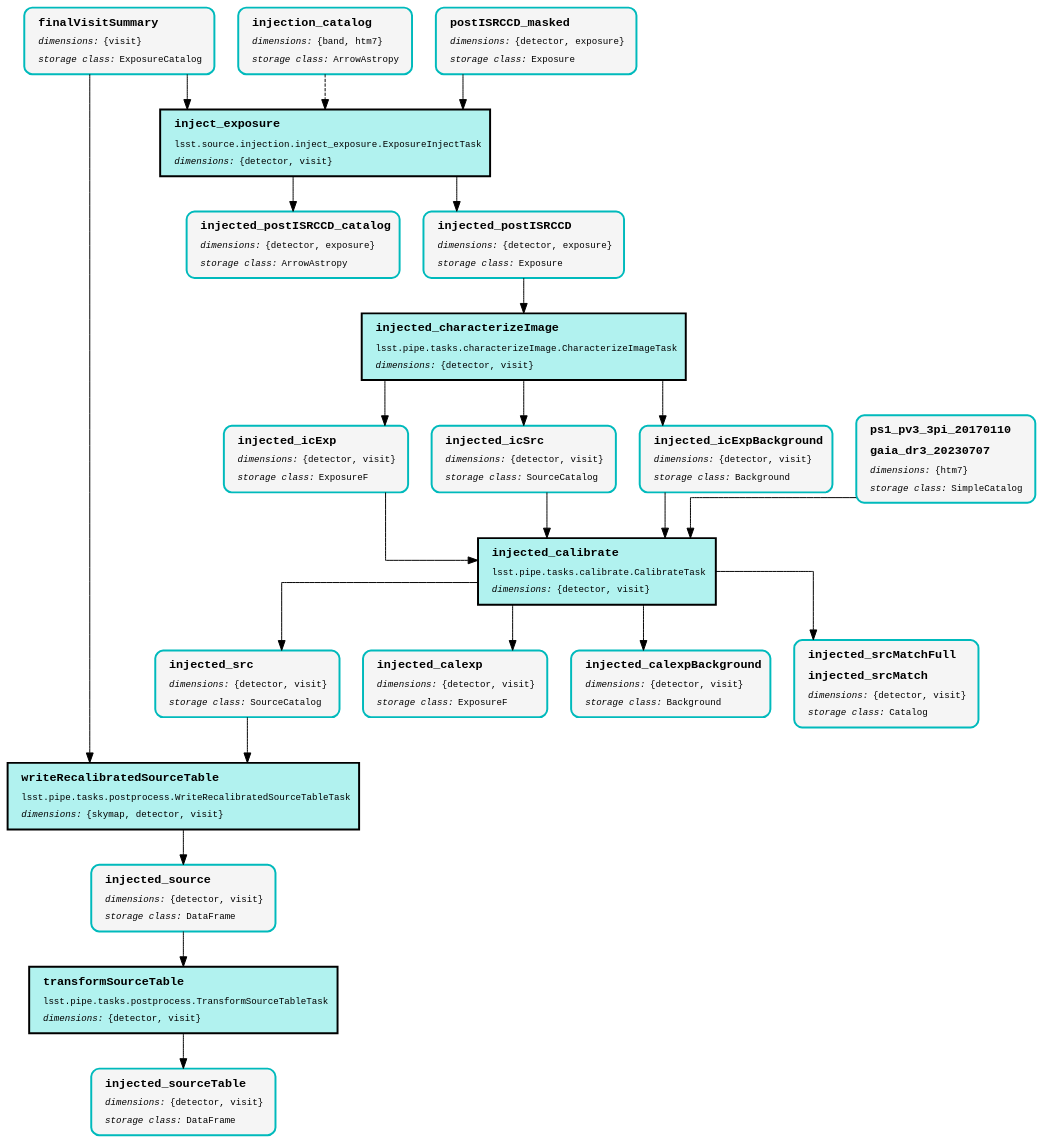
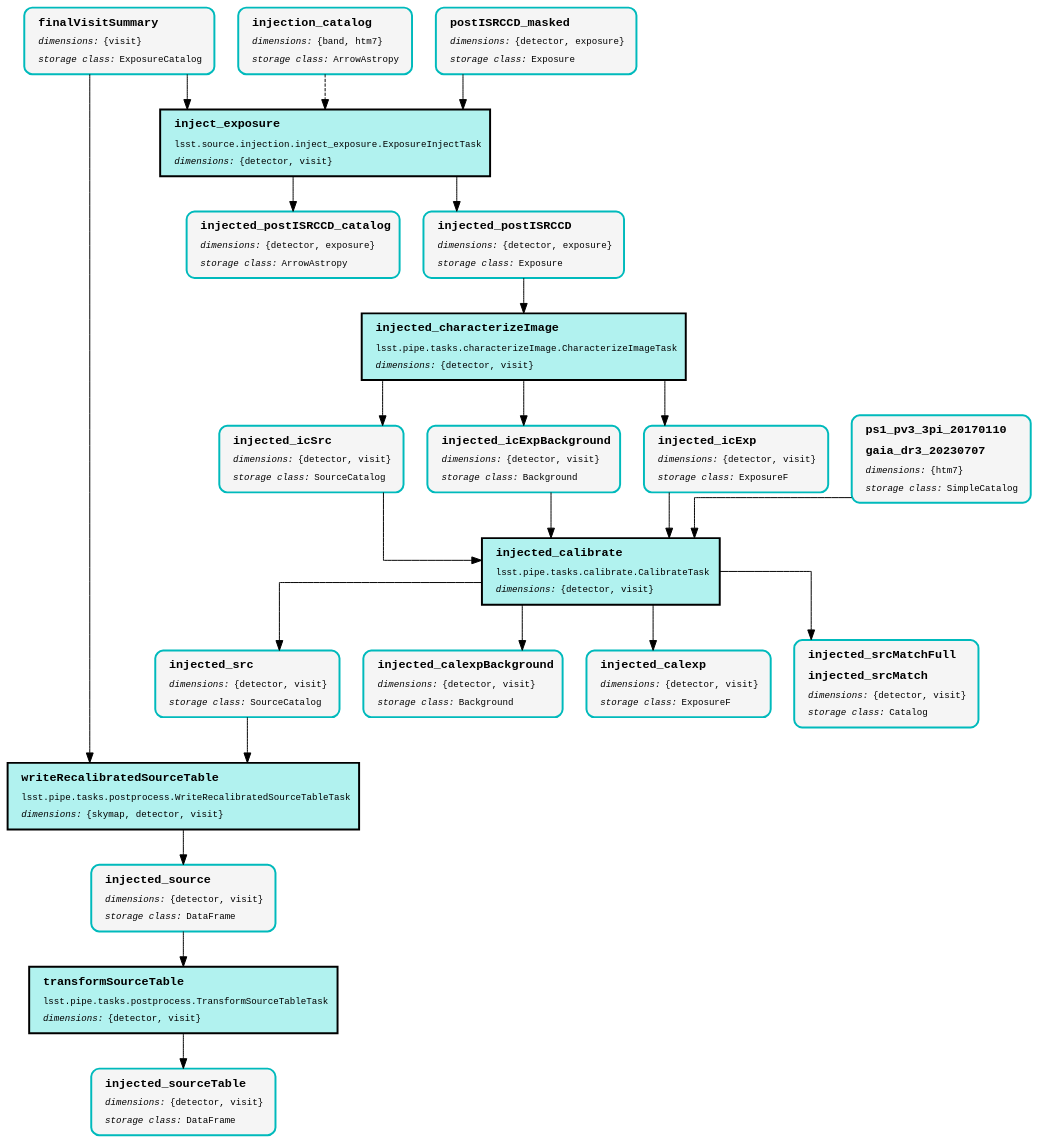
Before and after one commit to dirac-institute/proc-decam: the diagram in pipelines/DRP/step2d/pipeline.dot, drawn with Graphviz. The commit also changed other lines of this file and 67 other files, not shown here.

```diff
--- a/pipelines/DRP/step2d/pipeline.dot
+++ b/pipelines/DRP/step2d/pipeline.dot
@@ -1,47 +1,47 @@
 digraph Pipeline {
 graph [splines="ortho", nodesep="0.5", ranksep="0.75"];
 node [shape="box", fontname="Monospace", fontsize="14", margin="0.2,0.1", penwidth="3"];
 edge [color="black", arrowsize="1.5", penwidth="1.5", pad="10mm"];
 "transformSourceTable:2" [style="filled", color="black", fillcolor="#B1F2EF", label=<<TABLE BORDER="0" CELLPADDING="5"><TR><TD ALIGN="LEFT"><B><FONT POINT-SIZE="18">transformSourceTable</FONT></B></TD></TR><TR><TD ALIGN="LEFT">lsst.pipe.tasks.postprocess.TransformSourceTableTask</TD></TR><TR><TD ALIGN="LEFT"><I>dimensions:</I>&nbsp;{detector, visit}</TD></TR></TABLE>>];
 "injected_source:0" [style="rounded,filled,bold", color="#00BABC", fillcolor="#F5F5F5", label=<<TABLE BORDER="0" CELLPADDING="5"><TR><TD ALIGN="LEFT"><B><FONT POINT-SIZE="18">injected_source</FONT></B></TD></TR><TR><TD ALIGN="LEFT"><I>dimensions:</I>&nbsp;{detector, visit}</TD></TR><TR><TD ALIGN="LEFT"><I>storage class:</I>&nbsp;DataFrame</TD></TR></TABLE>>];
 "injected_sourceTable:0" [style="rounded,filled,bold", color="#00BABC", fillcolor="#F5F5F5", label=<<TABLE BORDER="0" CELLPADDING="5"><TR><TD ALIGN="LEFT"><B><FONT POINT-SIZE="18">injected_sourceTable</FONT></B></TD></TR><TR><TD ALIGN="LEFT"><I>dimensions:</I>&nbsp;{detector, visit}</TD></TR><TR><TD ALIGN="LEFT"><I>storage class:</I>&nbsp;DataFrame</TD></TR></TABLE>>];
 "writeRecalibratedSourceTable:2" [style="filled", color="black", fillcolor="#B1F2EF", label=<<TABLE BORDER="0" CELLPADDING="5"><TR><TD ALIGN="LEFT"><B><FONT POINT-SIZE="18">writeRecalibratedSourceTable</FONT></B></TD></TR><TR><TD ALIGN="LEFT">lsst.pipe.tasks.postprocess.WriteRecalibratedSourceTableTask</TD></TR><TR><TD ALIGN="LEFT"><I>dimensions:</I>&nbsp;{skymap, detector, visit}</TD></TR></TABLE>>];
 "injected_src:0" [style="rounded,filled,bold", color="#00BABC", fillcolor="#F5F5F5", label=<<TABLE BORDER="0" CELLPADDING="5"><TR><TD ALIGN="LEFT"><B><FONT POINT-SIZE="18">injected_src</FONT></B></TD></TR><TR><TD ALIGN="LEFT"><I>dimensions:</I>&nbsp;{detector, visit}</TD></TR><TR><TD ALIGN="LEFT"><I>storage class:</I>&nbsp;SourceCatalog</TD></TR></TABLE>>];
 "finalVisitSummary:0" [style="rounded,filled,bold", color="#00BABC", fillcolor="#F5F5F5", label=<<TABLE BORDER="0" CELLPADDING="5"><TR><TD ALIGN="LEFT"><B><FONT POINT-SIZE="18">finalVisitSummary</FONT></B></TD></TR><TR><TD ALIGN="LEFT"><I>dimensions:</I>&nbsp;{visit}</TD></TR><TR><TD ALIGN="LEFT"><I>storage class:</I>&nbsp;ExposureCatalog</TD></TR></TABLE>>];
 "inject_exposure:2" [style="filled", color="black", fillcolor="#B1F2EF", label=<<TABLE BORDER="0" CELLPADDING="5"><TR><TD ALIGN="LEFT"><B><FONT POINT-SIZE="18">inject_exposure</FONT></B></TD></TR><TR><TD ALIGN="LEFT">lsst.source.injection.inject_exposure.ExposureInjectTask</TD></TR><TR><TD ALIGN="LEFT"><I>dimensions:</I>&nbsp;{detector, visit}</TD></TR></TABLE>>];
 "injection_catalog:0" [style="rounded,filled,bold", color="#00BABC", fillcolor="#F5F5F5", label=<<TABLE BORDER="0" CELLPADDING="5"><TR><TD ALIGN="LEFT"><B><FONT POINT-SIZE="18">injection_catalog</FONT></B></TD></TR><TR><TD ALIGN="LEFT"><I>dimensions:</I>&nbsp;{band, htm7}</TD></TR><TR><TD ALIGN="LEFT"><I>storage class:</I>&nbsp;ArrowAstropy</TD></TR></TABLE>>];
 "postISRCCD_masked:0" [style="rounded,filled,bold", color="#00BABC", fillcolor="#F5F5F5", label=<<TABLE BORDER="0" CELLPADDING="5"><TR><TD ALIGN="LEFT"><B><FONT POINT-SIZE="18">postISRCCD_masked</FONT></B></TD></TR><TR><TD ALIGN="LEFT"><I>dimensions:</I>&nbsp;{detector, exposure}</TD></TR><TR><TD ALIGN="LEFT"><I>storage class:</I>&nbsp;Exposure</TD></TR></TABLE>>];
 "injected_postISRCCD_catalog:0" [style="rounded,filled,bold", color="#00BABC", fillcolor="#F5F5F5", label=<<TABLE BORDER="0" CELLPADDING="5"><TR><TD ALIGN="LEFT"><B><FONT POINT-SIZE="18">injected_postISRCCD_catalog</FONT></B></TD></TR><TR><TD ALIGN="LEFT"><I>dimensions:</I>&nbsp;{detector, exposure}</TD></TR><TR><TD ALIGN="LEFT"><I>storage class:</I>&nbsp;ArrowAstropy</TD></TR></TABLE>>];
 "injected_postISRCCD:0" [style="rounded,filled,bold", color="#00BABC", fillcolor="#F5F5F5", label=<<TABLE BORDER="0" CELLPADDING="5"><TR><TD ALIGN="LEFT"><B><FONT POINT-SIZE="18">injected_postISRCCD</FONT></B></TD></TR><TR><TD ALIGN="LEFT"><I>dimensions:</I>&nbsp;{detector, exposure}</TD></TR><TR><TD ALIGN="LEFT"><I>storage class:</I>&nbsp;Exposure</TD></TR></TABLE>>];
 "injected_characterizeImage:2" [style="filled", color="black", fillcolor="#B1F2EF", label=<<TABLE BORDER="0" CELLPADDING="5"><TR><TD ALIGN="LEFT"><B><FONT POINT-SIZE="18">injected_characterizeImage</FONT></B></TD></TR><TR><TD ALIGN="LEFT">lsst.pipe.tasks.characterizeImage.CharacterizeImageTask</TD></TR><TR><TD ALIGN="LEFT"><I>dimensions:</I>&nbsp;{detector, visit}</TD></TR></TABLE>>];
-"injected_icExp:0" [style="rounded,filled,bold", color="#00BABC", fillcolor="#F5F5F5", label=<<TABLE BORDER="0" CELLPADDING="5"><TR><TD ALIGN="LEFT"><B><FONT POINT-SIZE="18">injected_icExp</FONT></B></TD></TR><TR><TD ALIGN="LEFT"><I>dimensions:</I>&nbsp;{detector, visit}</TD></TR><TR><TD ALIGN="LEFT"><I>storage class:</I>&nbsp;ExposureF</TD></TR></TABLE>>];
 "injected_icSrc:0" [style="rounded,filled,bold", color="#00BABC", fillcolor="#F5F5F5", label=<<TABLE BORDER="0" CELLPADDING="5"><TR><TD ALIGN="LEFT"><B><FONT POINT-SIZE="18">injected_icSrc</FONT></B></TD></TR><TR><TD ALIGN="LEFT"><I>dimensions:</I>&nbsp;{detector, visit}</TD></TR><TR><TD ALIGN="LEFT"><I>storage class:</I>&nbsp;SourceCatalog</TD></TR></TABLE>>];
 "injected_icExpBackground:0" [style="rounded,filled,bold", color="#00BABC", fillcolor="#F5F5F5", label=<<TABLE BORDER="0" CELLPADDING="5"><TR><TD ALIGN="LEFT"><B><FONT POINT-SIZE="18">injected_icExpBackground</FONT></B></TD></TR><TR><TD ALIGN="LEFT"><I>dimensions:</I>&nbsp;{detector, visit}</TD></TR><TR><TD ALIGN="LEFT"><I>storage class:</I>&nbsp;Background</TD></TR></TABLE>>];
+"injected_icExp:0" [style="rounded,filled,bold", color="#00BABC", fillcolor="#F5F5F5", label=<<TABLE BORDER="0" CELLPADDING="5"><TR><TD ALIGN="LEFT"><B><FONT POINT-SIZE="18">injected_icExp</FONT></B></TD></TR><TR><TD ALIGN="LEFT"><I>dimensions:</I>&nbsp;{detector, visit}</TD></TR><TR><TD ALIGN="LEFT"><I>storage class:</I>&nbsp;ExposureF</TD></TR></TABLE>>];
 "injected_calibrate:2" [style="filled", color="black", fillcolor="#B1F2EF", label=<<TABLE BORDER="0" CELLPADDING="5"><TR><TD ALIGN="LEFT"><B><FONT POINT-SIZE="18">injected_calibrate</FONT></B></TD></TR><TR><TD ALIGN="LEFT">lsst.pipe.tasks.calibrate.CalibrateTask</TD></TR><TR><TD ALIGN="LEFT"><I>dimensions:</I>&nbsp;{detector, visit}</TD></TR></TABLE>>];
+"injected_calexpBackground:0" [style="rounded,filled,bold", color="#00BABC", fillcolor="#F5F5F5", label=<<TABLE BORDER="0" CELLPADDING="5"><TR><TD ALIGN="LEFT"><B><FONT POINT-SIZE="18">injected_calexpBackground</FONT></B></TD></TR><TR><TD ALIGN="LEFT"><I>dimensions:</I>&nbsp;{detector, visit}</TD></TR><TR><TD ALIGN="LEFT"><I>storage class:</I>&nbsp;Background</TD></TR></TABLE>>];
 "injected_calexp:0" [style="rounded,filled,bold", color="#00BABC", fillcolor="#F5F5F5", label=<<TABLE BORDER="0" CELLPADDING="5"><TR><TD ALIGN="LEFT"><B><FONT POINT-SIZE="18">injected_calexp</FONT></B></TD></TR><TR><TD ALIGN="LEFT"><I>dimensions:</I>&nbsp;{detector, visit}</TD></TR><TR><TD ALIGN="LEFT"><I>storage class:</I>&nbsp;ExposureF</TD></TR></TABLE>>];
-"injected_calexpBackground:0" [style="rounded,filled,bold", color="#00BABC", fillcolor="#F5F5F5", label=<<TABLE BORDER="0" CELLPADDING="5"><TR><TD ALIGN="LEFT"><B><FONT POINT-SIZE="18">injected_calexpBackground</FONT></B></TD></TR><TR><TD ALIGN="LEFT"><I>dimensions:</I>&nbsp;{detector, visit}</TD></TR><TR><TD ALIGN="LEFT"><I>storage class:</I>&nbsp;Background</TD></TR></TABLE>>];
 "c1110ee2:0" [style="rounded,filled,bold", color="#00BABC", fillcolor="#F5F5F5", label=<<TABLE BORDER="0" CELLPADDING="5"><TR><TD ALIGN="LEFT"><B><FONT POINT-SIZE="18">ps1_pv3_3pi_20170110</FONT></B></TD></TR><TR><TD ALIGN="LEFT"><B><FONT POINT-SIZE="18">gaia_dr3_20230707</FONT></B></TD></TR><TR><TD ALIGN="LEFT"><I>dimensions:</I>&nbsp;{htm7}</TD></TR><TR><TD ALIGN="LEFT"><I>storage class:</I>&nbsp;SimpleCatalog</TD></TR></TABLE>>];
 "25c862bf:0" [style="rounded,filled,bold", color="#00BABC", fillcolor="#F5F5F5", label=<<TABLE BORDER="0" CELLPADDING="5"><TR><TD ALIGN="LEFT"><B><FONT POINT-SIZE="18">injected_srcMatchFull</FONT></B></TD></TR><TR><TD ALIGN="LEFT"><B><FONT POINT-SIZE="18">injected_srcMatch</FONT></B></TD></TR><TR><TD ALIGN="LEFT"><I>dimensions:</I>&nbsp;{detector, visit}</TD></TR><TR><TD ALIGN="LEFT"><I>storage class:</I>&nbsp;Catalog</TD></TR></TABLE>>];
 "transformSourceTable:2" -> "injected_sourceTable:0";
 "injected_source:0" -> "transformSourceTable:2";
 "writeRecalibratedSourceTable:2" -> "injected_source:0";
 "injected_src:0" -> "writeRecalibratedSourceTable:2";
 "finalVisitSummary:0" -> "writeRecalibratedSourceTable:2";
 "finalVisitSummary:0" -> "inject_exposure:2";
 "inject_exposure:2" -> "injected_postISRCCD_catalog:0";
 "inject_exposure:2" -> "injected_postISRCCD:0";
 "injection_catalog:0" -> "inject_exposure:2" [style="dashed"];
 "postISRCCD_masked:0" -> "inject_exposure:2";
 "injected_postISRCCD:0" -> "injected_characterizeImage:2";
-"injected_characterizeImage:2" -> "injected_icExp:0";
 "injected_characterizeImage:2" -> "injected_icSrc:0";
 "injected_characterizeImage:2" -> "injected_icExpBackground:0";
-"injected_icExp:0" -> "injected_calibrate:2";
+"injected_characterizeImage:2" -> "injected_icExp:0";
 "injected_icSrc:0" -> "injected_calibrate:2";
 "injected_icExpBackground:0" -> "injected_calibrate:2";
+"injected_icExp:0" -> "injected_calibrate:2";
+"injected_calibrate:2" -> "injected_calexpBackground:0";
+"injected_calibrate:2" -> "injected_calexp:0";
 "injected_calibrate:2" -> "injected_src:0";
-"injected_calibrate:2" -> "injected_calexp:0";
-"injected_calibrate:2" -> "injected_calexpBackground:0";
 "injected_calibrate:2" -> "25c862bf:0";
 "c1110ee2:0" -> "injected_calibrate:2";
 }
```
